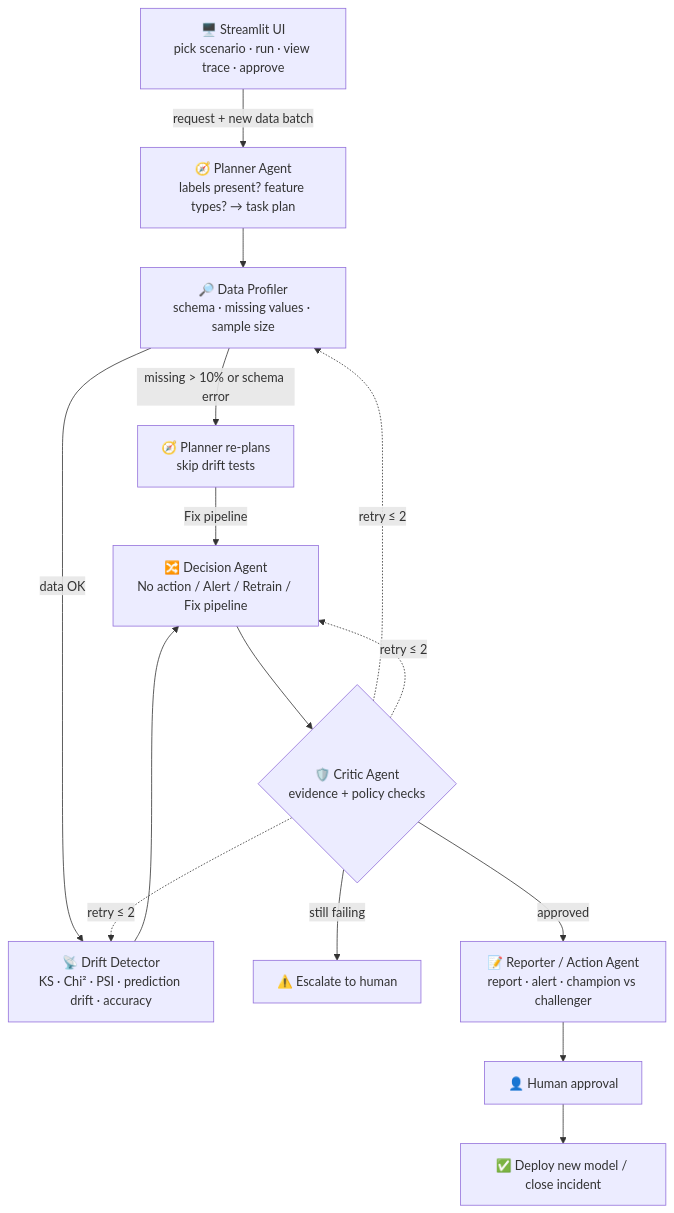
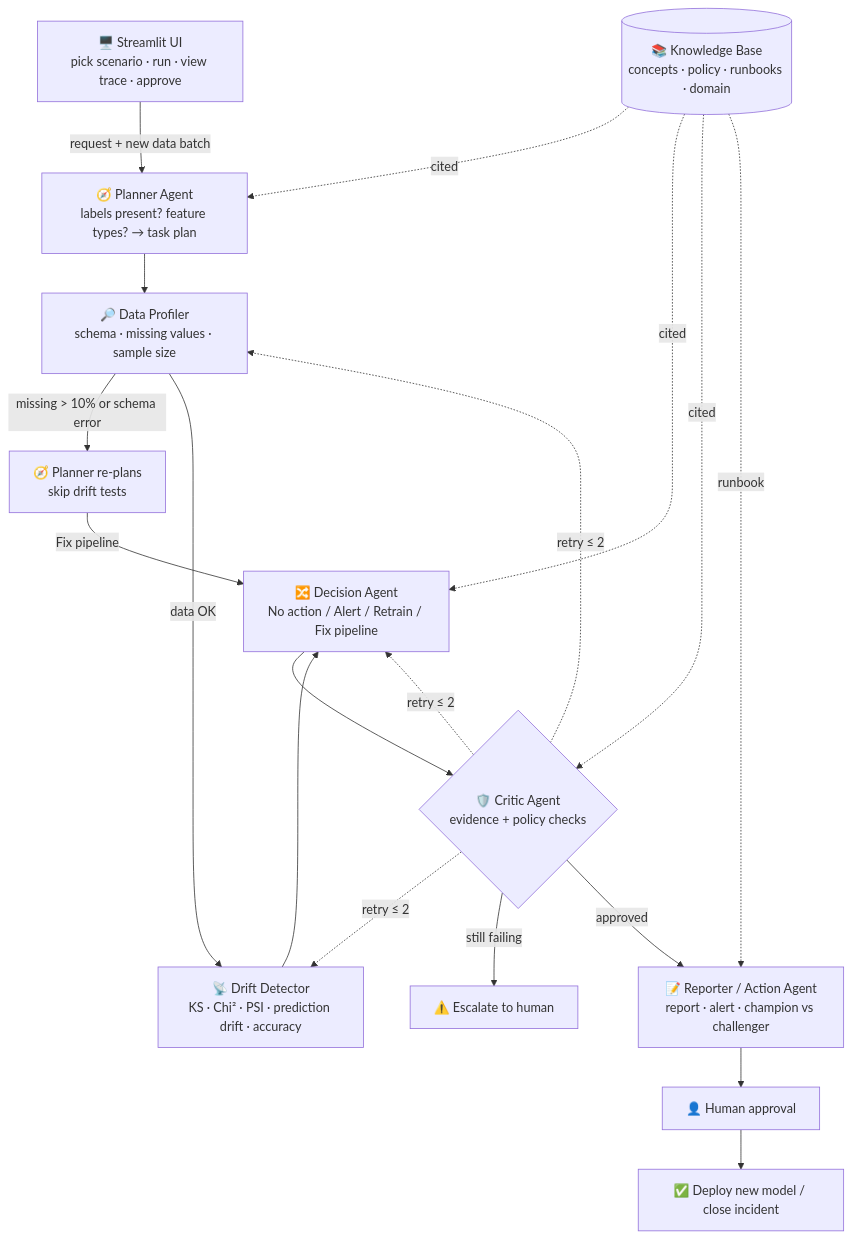
One commit to HarshSharma-28/model-drift-watchdog changed the diagram in README.md. Above: the diagram before and after it, drawn with Mermaid. The commit also changed other lines of this file and 35 other files, not shown here.

First line of the commit message:
Add knowledge base with retrieval, agent citations and run memory

````diff
--- a/README.md
+++ b/README.md
@@ -94,29 +95,34 @@
 ```mermaid
 flowchart TD
     UI["🖥️ Streamlit UI<br/>pick scenario · run · view trace · approve"]
     P["🧭 Planner Agent<br/>labels present? feature types? → task plan"]
     DP["🔎 Data Profiler<br/>schema · missing values · sample size"]
     RP["🧭 Planner re-plans<br/>skip drift tests"]
     DD["📡 Drift Detector<br/>KS · Chi² · PSI · prediction drift · accuracy"]
     DA["🔀 Decision Agent<br/>No action / Alert / Retrain / Fix pipeline"]
     C{"🛡️ Critic Agent<br/>evidence + policy checks"}
     ESC["⚠️ Escalate to human"]
     R["📝 Reporter / Action Agent<br/>report · alert · champion vs challenger"]
     H["👤 Human approval"]
+    KB[("📚 Knowledge Base<br/>concepts · policy · runbooks · domain")]
     END["✅ Deploy new model / close incident"]
 
     UI -->|"request + new data batch"| P
     P --> DP
     DP -->|"missing > 10% or schema error"| RP
     RP -->|"Fix pipeline"| DA
     DP -->|"data OK"| DD
     DD --> DA
     DA --> C
     C -.->|"retry ≤ 2"| DP
     C -.->|"retry ≤ 2"| DD
     C -.->|"retry ≤ 2"| DA
     C -->|"still failing"| ESC
     C -->|"approved"| R
     R --> H
     H --> END
+    KB -.->|"cited"| P
+    KB -.->|"cited"| DA
+    KB -.->|"cited"| C
+    KB -.->|"runbook"| R
 ```
````
